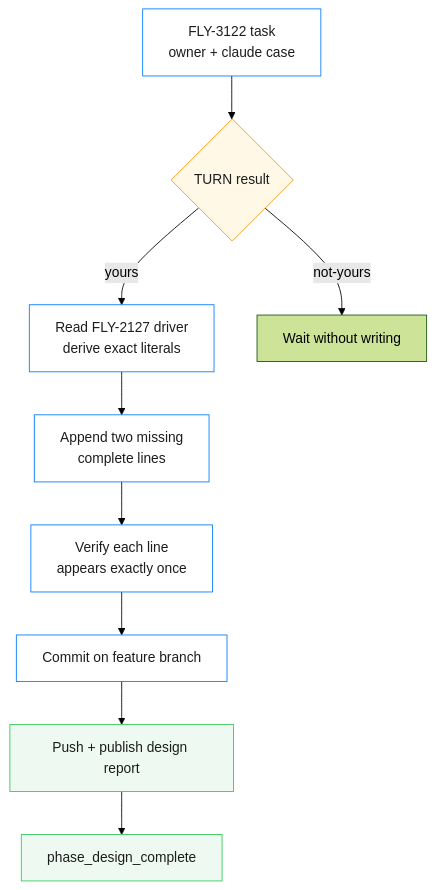
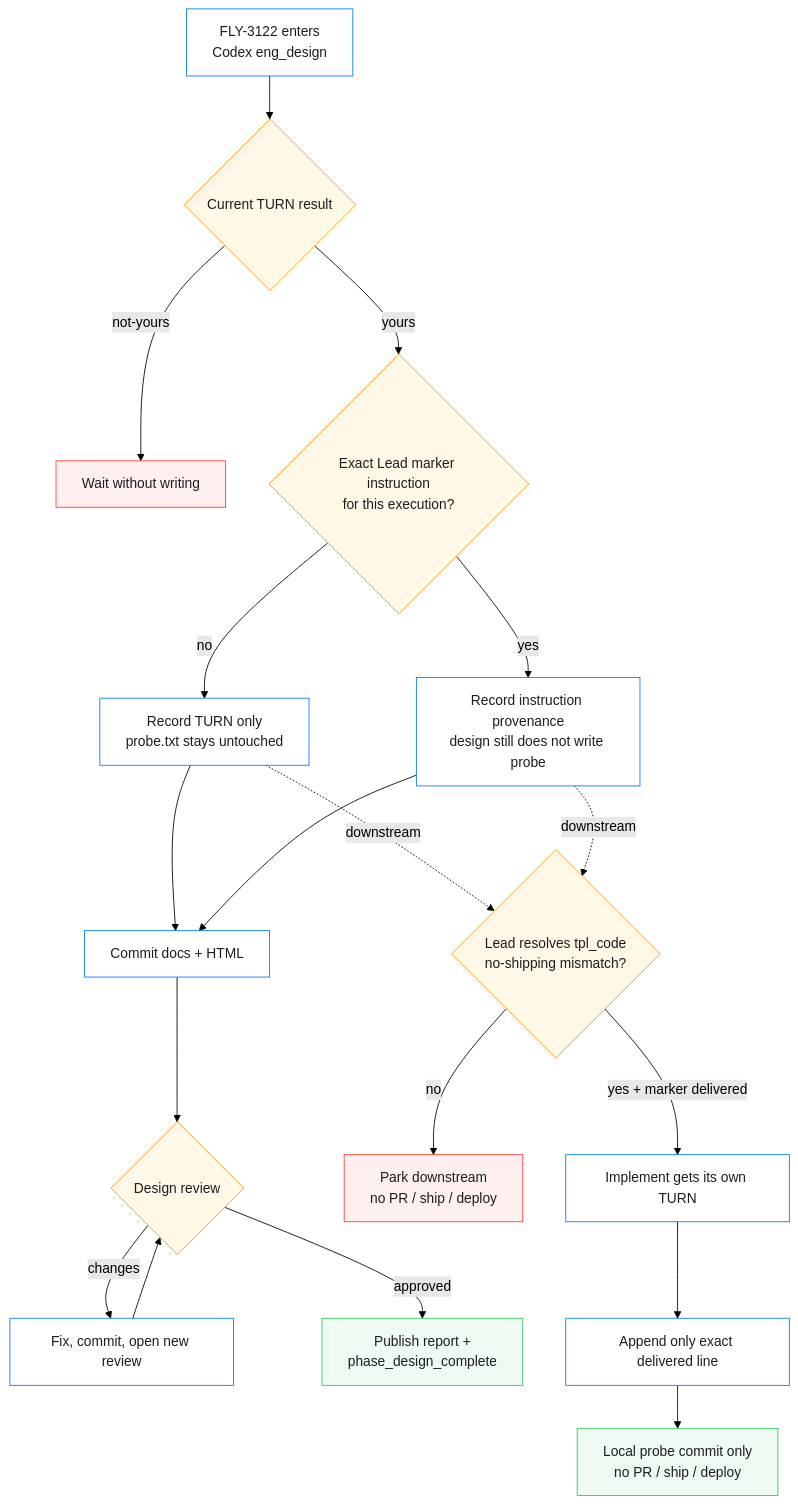
Before and after one commit to xrliAnnie/flywheel-qa-sandbox: the diagram in engineering/doc/FLY-3122-claude-turn-canary/core-flow.mmd, drawn with Mermaid (forest theme). The commit also changed 5 other files, not shown here.

Commit message:
docs(FLY-3122): correct canary execution boundaries

```diff
--- a/engineering/doc/FLY-3122-claude-turn-canary/core-flow.mmd
+++ b/engineering/doc/FLY-3122-claude-turn-canary/core-flow.mmd
@@ -1,16 +1,28 @@
 flowchart TD
-    I["FLY-3122 task<br/>owner + claude case"] --> T{"TURN result"}
-    T -->|"yours"| S["Read FLY-2127 driver<br/>derive exact literals"]
+    I["FLY-3122 enters<br/>Codex eng_design"] --> T{"Current TURN result"}
     T -->|"not-yours"| W["Wait without writing"]
-    S --> A["Append two missing<br/>complete lines"]
-    A --> V["Verify each line<br/>appears exactly once"]
-    V --> C["Commit on feature branch"]
-    C --> P["Push + publish design report"]
-    P --> H["phase_design_complete"]
+    T -->|"yours"| M{"Exact Lead marker instruction<br/>for this execution?"}
+    M -->|"no"| N["Record TURN only<br/>probe.txt stays untouched"]
+    M -->|"yes"| C["Record instruction provenance<br/>design still does not write probe"]
+    N --> D["Commit docs + HTML"]
+    C --> D
+    D --> R{"Design review"}
+    R -->|"changes"| F["Fix, commit, open new review"]
+    F --> R
+    R -->|"approved"| P["Publish report +<br/>phase_design_complete"]
+
+    N -. "downstream" .-> L{"Lead resolves tpl_code<br/>no-shipping mismatch?"}
+    C -. "downstream" .-> L
+    L -->|"no"| Q["Park downstream<br/>no PR / ship / deploy"]
+    L -->|"yes + marker delivered"| E["Implement gets its own TURN"]
+    E --> A["Append only exact delivered line"]
+    A --> K["Local probe commit only<br/>no PR / ship / deploy"]
 
     classDef authority fill:#fff8e6,stroke:#ff9500,color:#1d1d1f;
     classDef action fill:#ffffff,stroke:#007aff,color:#1d1d1f;
     classDef success fill:#eefaf1,stroke:#34c759,color:#1d1d1f;
-    class T authority;
-    class I,S,A,V,C action;
-    class P,H success;
+    classDef stop fill:#fff0f0,stroke:#ff3b30,color:#1d1d1f;
+    class T,M,R,L authority;
+    class I,C,N,D,F,E,A action;
+    class P,K success;
+    class W,Q stop;
```
